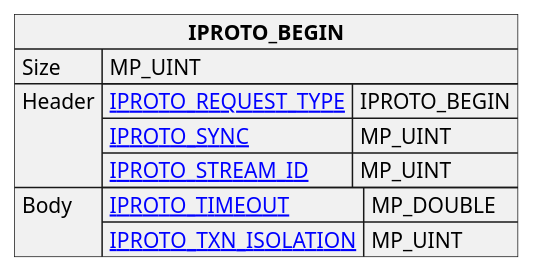
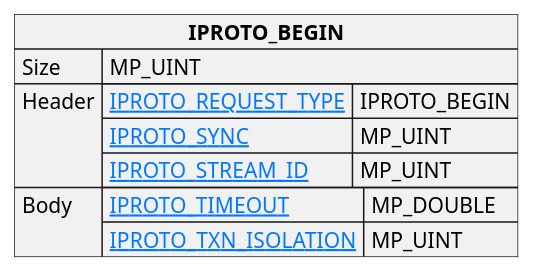
Before and after one commit to tarantool/doc: the diagram in doc/dev_guide/internals/iproto/images/stream_begin.puml, drawn with PlantUML. The commit also changed 99 other files, not shown here.

Commit message:
Fix plantuml diagrams Broken links and puml parameters

```diff
--- a/doc/dev_guide/internals/iproto/images/stream_begin.puml
+++ b/doc/dev_guide/internals/iproto/images/stream_begin.puml
@@ -1,23 +1,23 @@
 @startuml
 
-skinparam map {
+skinparam {
     HyperlinkColor #0077FF
     FontColor #313131
     BorderColor #313131
     BackgroundColor transparent
 }
 
 json "**IPROTO_BEGIN**" as begin {
     "Size": "MP_UINT",
     "Header": {
-      "[[tarantool.io/en/doc/latest/dev_guide/internals/iproto/keys IPROTO_REQUEST_TYPE]]": "IPROTO_BEGIN",
-      "[[tarantool.io/en/doc/latest/dev_guide/internals/iproto/keys IPROTO_SYNC]]": "MP_UINT",
-      "[[tarantool.io/en/doc/latest/dev_guide/internals/iproto/keys IPROTO_STREAM_ID]]": "MP_UINT"
+      "[[https://tarantool.io/en/doc/latest/dev_guide/internals/iproto/keys IPROTO_REQUEST_TYPE]]": "IPROTO_BEGIN",
+      "[[https://tarantool.io/en/doc/latest/dev_guide/internals/iproto/keys IPROTO_SYNC]]": "MP_UINT",
+      "[[https://tarantool.io/en/doc/latest/dev_guide/internals/iproto/keys IPROTO_STREAM_ID]]": "MP_UINT"
     },
     "Body": {
-      "[[tarantool.io/en/doc/latest/dev_guide/internals/iproto/keys IPROTO_TIMEOUT]]": "MP_DOUBLE",
-      "[[tarantool.io/en/doc/latest/dev_guide/internals/iproto/keys IPROTO_TXN_ISOLATION]]": "MP_UINT"
+      "[[https://tarantool.io/en/doc/latest/dev_guide/internals/iproto/keys IPROTO_TIMEOUT]]": "MP_DOUBLE",
+      "[[https://tarantool.io/en/doc/latest/dev_guide/internals/iproto/keys IPROTO_TXN_ISOLATION]]": "MP_UINT"
     }
 }
 
 @enduml
```
